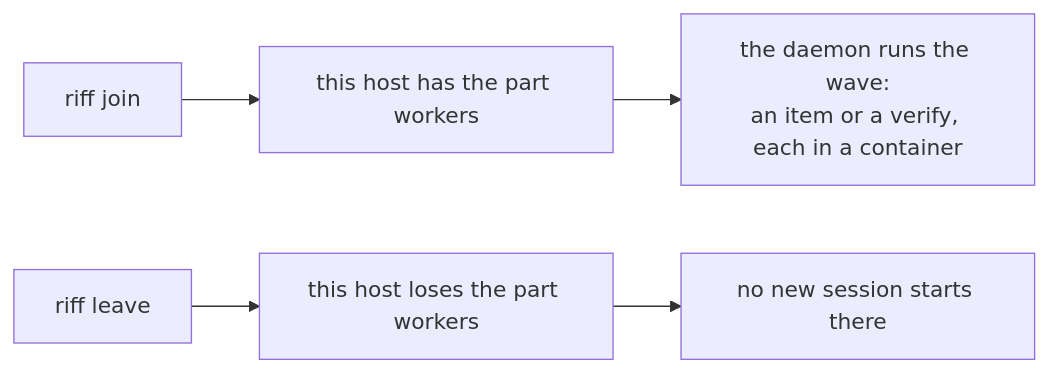
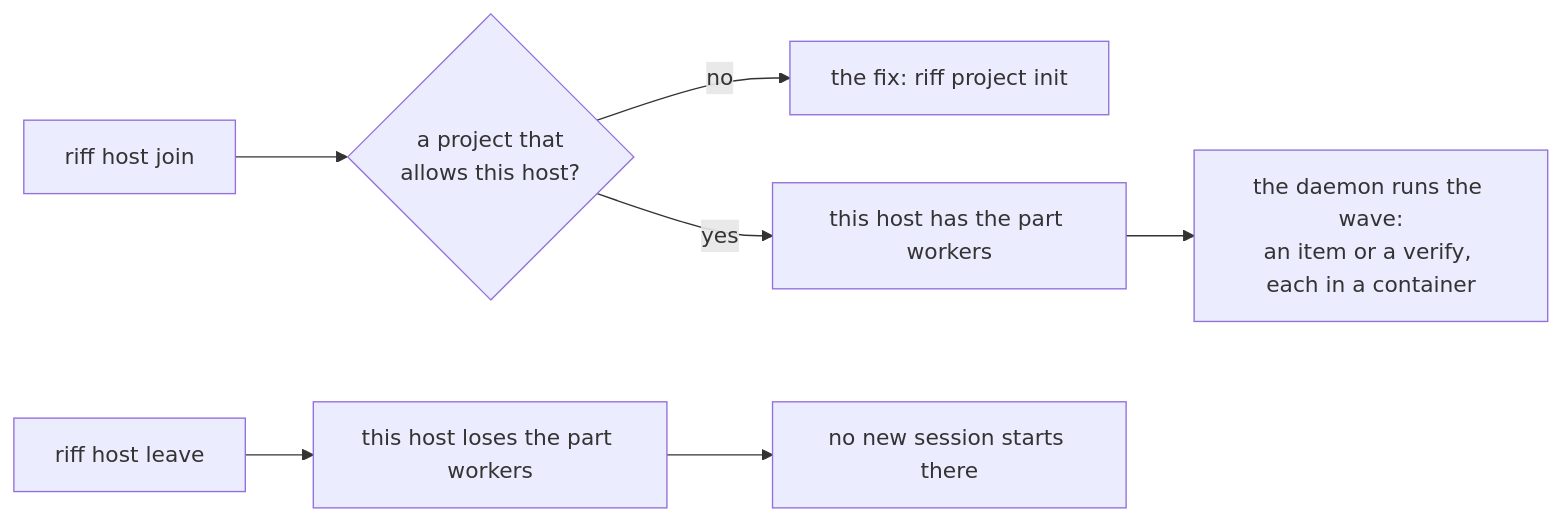
The third of 9 diagrams in docs/src/start-a-riff.md (como-technologies/riff), drawn with Mermaid before and after one commit. The commit also changed other lines of this file and 31 other files, not shown here.

First line of the commit message:
riff host join and riff host leave, and a wave and a lead only for a project

````diff
--- a/docs/src/start-a-riff.md
+++ b/docs/src/start-a-riff.md
@@ -439,7 +449,9 @@
 ```mermaid
 flowchart LR
-    J["riff join"] --> W["this host has the part workers"]
+    J["riff host join"] --> P{"a project that<br/>allows this host?"}
+    P -- "no" --> F["the fix: riff project init"]
+    P -- "yes" --> W["this host has the part workers"]
     W --> D["the daemon runs the wave:<br/>an item or a verify, each in a container"]
-    L["riff leave"] --> N["this host loses the part workers"]
+    L["riff host leave"] --> N["this host loses the part workers"]
     N --> E["no new session starts there"]
 ```
````
